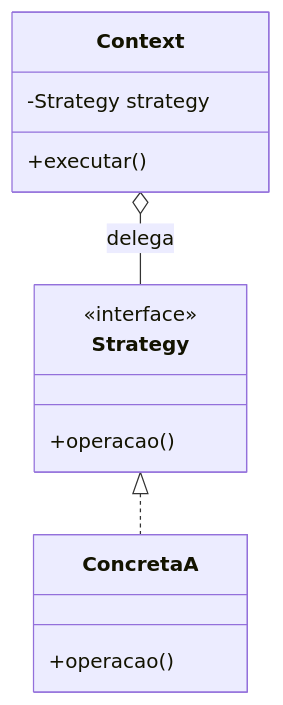
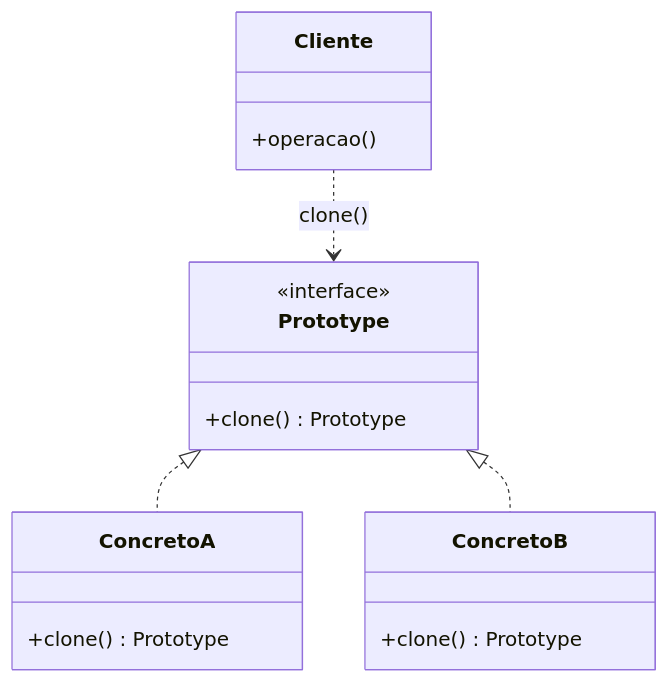
The first of 2 diagrams in docs/patterns/criacionais/prototype/README.md (JoaoVitorLima242/project-patterns), drawn with Mermaid before and after one commit. The commit also changed other lines of this file, not shown here.

First line of the commit message:
Estrutura o esqueleto do Prototype

````diff
--- a/docs/patterns/criacionais/prototype/README.md
+++ b/docs/patterns/criacionais/prototype/README.md
@@ -35,16 +77,19 @@
 ```mermaid
 classDiagram
-    class Context {
-        -Strategy strategy
-        +executar()
+    class Prototype {
+        <<interface>>
+        +clone() Prototype
     }
-    class Strategy {
-        <<interface>>
+    class ConcretoA {
+        +clone() Prototype
+    }
+    class ConcretoB {
+        +clone() Prototype
+    }
+    class Cliente {
         +operacao()
     }
-    class ConcretaA {
-        +operacao()
-    }
-    Context o-- Strategy : delega
-    Strategy <|.. ConcretaA
+    Cliente ..> Prototype : clone()
+    Prototype <|.. ConcretoA
+    Prototype <|.. ConcretoB
 ```
````
